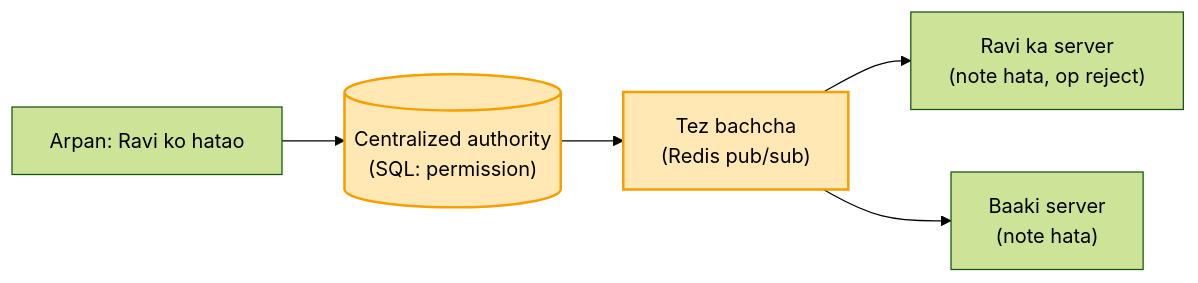
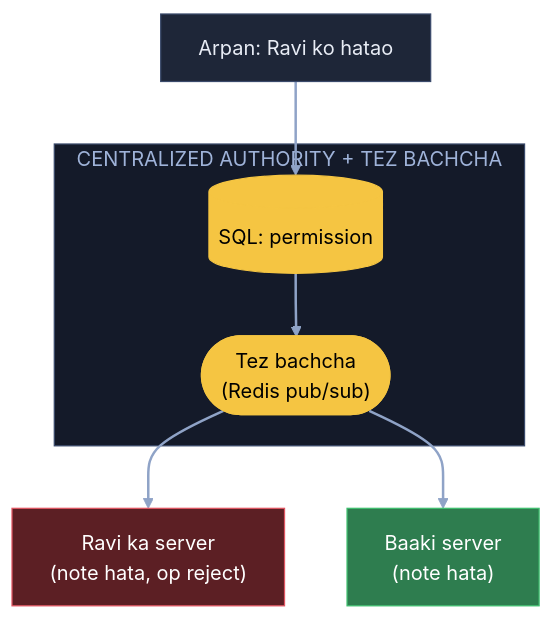
One commit to ArpanMaheshwari144/Prep changed the sixth of 7 diagrams in 04_HLD/SYSTEM_DESIGNS/11_google_docs_collab/11_google_docs_collab.md. Above: the diagram before and after it, drawn with Mermaid (forest theme). The commit also changed other lines of this file, not shown here.

Commit message:
Docs: 7 diagram YouTube (reel) wale card andaaz me

````diff
--- a/04_HLD/SYSTEM_DESIGNS/11_google_docs_collab/11_google_docs_collab.md
+++ b/04_HLD/SYSTEM_DESIGNS/11_google_docs_collab/11_google_docs_collab.md
@@ -145,9 +201,20 @@
 ```mermaid
-flowchart LR
-    M["Arpan: Ravi ko hatao"] --> Q[("Centralized authority<br/>(SQL: permission)")]
-    Q --> P["Tez bachcha<br/>(Redis pub/sub)"]
-    P --> S1["Ravi ka server<br/>(note hata, op reject)"]
-    P --> S2["Baaki server<br/>(note hata)"]
-    style Q fill:#ffe8b3,stroke:#f59f00,stroke-width:2px,color:#000
-    style P fill:#ffe8b3,stroke:#f59f00,stroke-width:2px,color:#000
+flowchart TB
+    M["Arpan: Ravi ko hatao"]:::card
+    subgraph CA["CENTRALIZED AUTHORITY + TEZ BACHCHA"]
+        Q[("SQL: permission")]:::pill
+        P(["Tez bachcha<br/>(Redis pub/sub)"]):::pill
+    end
+    S1["Ravi ka server<br/>(note hata, op reject)"]:::bad
+    S2["Baaki server<br/>(note hata)"]:::good
+    M --> Q
+    Q --> P
+    P --> S1
+    P --> S2
+    linkStyle default stroke:#8fa3c7,stroke-width:2px
+    classDef card fill:#1e2638,stroke:#3a4a6b,color:#e8ecf5
+    classDef pill fill:#f5c542,stroke:#f5c542,color:#000
+    classDef good fill:#2e7d4f,stroke:#3fbf6f,color:#fff
+    classDef bad fill:#5c1f24,stroke:#e05561,color:#fff
+    style CA fill:#141a29,stroke:#3a4a6b,color:#9fb3d9
 ```
````
